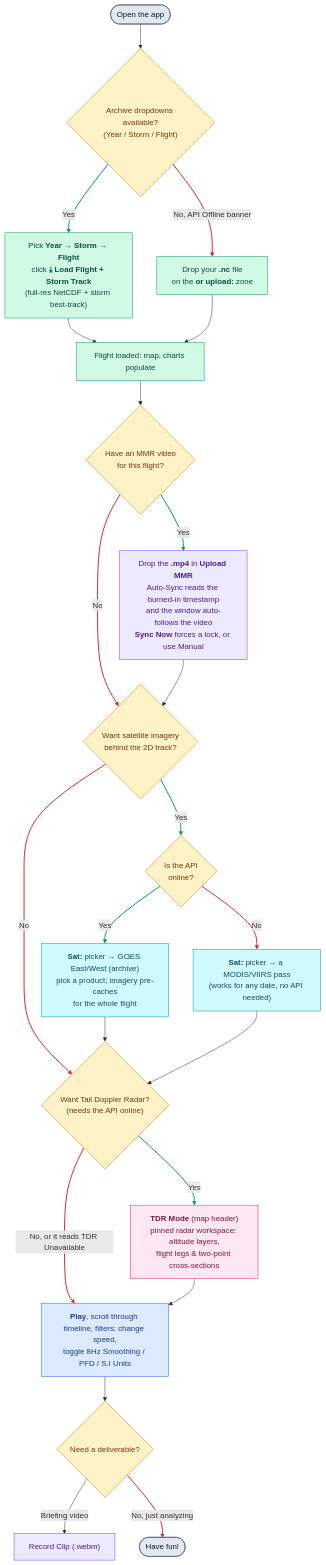
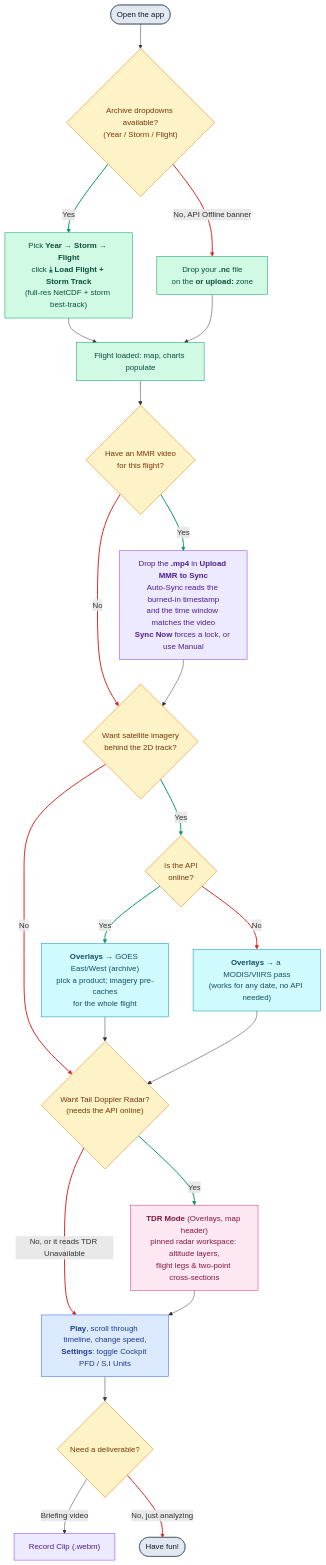
One commit to diegoxb07/AOCVisualizer changed the diagram in README.md. Above: the diagram before and after it, drawn with Mermaid. The commit also changed other lines of this file and 5 other files, not shown here.

Commit message:
Upload MMR to Sync label, sync and loading polish, README for the new layout

````diff
--- a/README.md
+++ b/README.md
@@ -21,42 +21,42 @@
 ```mermaid
 flowchart TD
     START(["Open the app"]) --> ARCHIVE{"Archive dropdowns available?<br>(Year / Storm / Flight)"}
     ARCHIVE -- "Yes" --> LOADARC["Pick <b>Year → Storm → Flight</b><br>click <b>⤓ Load Flight + Storm Track</b><br>(full-res NetCDF + storm best-track)"]
     ARCHIVE -- "No, API Offline banner" --> UPLOAD["Drop your <b>.nc</b> file<br>on the <b>or upload:</b> zone"]
     LOADARC --> LOADED["Flight loaded: map, charts populate"]
     UPLOAD --> LOADED
     LOADED --> MMR{"Have an MMR video<br>for this flight?"}
-    MMR -- "Yes" --> VIDEO["Drop the <b>.mp4</b> in <b>Upload MMR</b><br>Auto-Sync reads the burned-in timestamp<br>and the window auto-follows the video<br><b>Sync Now</b> forces a lock, or use Manual"]
+    MMR -- "Yes" --> VIDEO["Drop the <b>.mp4</b> in <b>Upload MMR to Sync</b><br>Auto-Sync reads the burned-in timestamp<br>and the time window matches the video<br><b>Sync Now</b> forces a lock, or use Manual"]
     MMR -- "No" --> SAT{"Want satellite imagery<br>behind the 2D track?"}
     VIDEO --> SAT
     SAT -- "Yes" --> FROMARC{"Is the API<br>online?"}
-    FROMARC -- "Yes" --> SATGOES["<b>Sat:</b> picker → GOES East/West (archive)<br>pick a product; imagery pre-caches<br>for the whole flight"]
-    FROMARC -- "No" --> SATPOLAR["<b>Sat:</b> picker → a MODIS/VIIRS pass<br>(works for any date, no API needed)"]
+    FROMARC -- "Yes" --> SATGOES["<b>Overlays</b> → GOES East/West (archive)<br>pick a product; imagery pre-caches<br>for the whole flight"]
+    FROMARC -- "No" --> SATPOLAR["<b>Overlays</b> → a MODIS/VIIRS pass<br>(works for any date, no API needed)"]
     SAT -- "No" --> TDRQ{"Want Tail Doppler Radar?<br>(needs the API online)"}
     SATGOES --> TDRQ
     SATPOLAR --> TDRQ
-    TDRQ -- "Yes" --> TDRMODE["<b>TDR Mode</b> (map header)<br>pinned radar workspace: altitude layers,<br>flight legs & two-point cross-sections"]
-    TDRQ -- "No, or it reads TDR Unavailable" --> PLAY["<b>Play</b>, scroll through timeline, filters: change speed,<br>toggle 8Hz Smoothing / PFD / S.I Units"]
+    TDRQ -- "Yes" --> TDRMODE["<b>TDR Mode</b> (Overlays, map header)<br>pinned radar workspace: altitude layers,<br>flight legs & two-point cross-sections"]
+    TDRQ -- "No, or it reads TDR Unavailable" --> PLAY["<b>Play</b>, scroll through timeline, change speed,<br><b>Settings</b>: toggle Cockpit PFD / S.I Units"]
     TDRMODE --> PLAY
     PLAY --> EXPORT{"Need a deliverable?"}
     EXPORT -- "Briefing video" --> CLIP["Record Clip (.webm)"]
     EXPORT -- "No, just analyzing" --> DONE(["Have fun!"])
 
     classDef decision fill:#fef3c7,stroke:#d97706,color:#78350f
     classDef data fill:#d1fae5,stroke:#059669,color:#064e3b
     classDef mmr fill:#ede9fe,stroke:#7c3aed,color:#4c1d95
     classDef sat fill:#cffafe,stroke:#0891b2,color:#164e63
     classDef tdr fill:#fce7f3,stroke:#db2777,color:#831843
     classDef playback fill:#dbeafe,stroke:#2563eb,color:#1e3a8a
     classDef term fill:#e2e8f0,stroke:#475569,color:#0f172a
     class ARCHIVE,MMR,SAT,FROMARC,TDRQ,EXPORT decision
     class LOADARC,UPLOAD,LOADED data
     class VIDEO,CLIP mmr
     class SATGOES,SATPOLAR sat
     class TDRMODE tdr
     class PLAY playback
     class START,DONE term
     %% linkStyle numbers = edge definition order above; update them if edges are added or reordered
     linkStyle 1,6,9,10,15 stroke:#059669,stroke-width:2px
     linkStyle 2,7,11,12,16,20 stroke:#dc2626,stroke-width:2px
 ```
````
